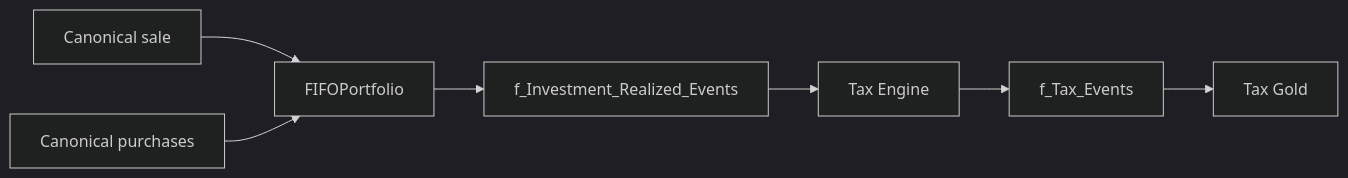
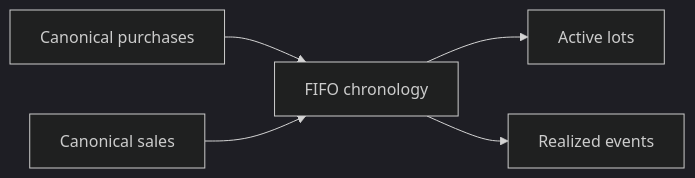
The third of 6 diagrams in docs/finance/financial-model.md (tks18/personal-finance-etl), drawn with Mermaid (dark theme) before and after one commit. The commit also changed other lines of this file and 11 other files, not shown here.

````diff
--- a/docs/finance/financial-model.md
+++ b/docs/finance/financial-model.md
@@ -356,9 +99,13 @@
 ```mermaid
 flowchart LR
-    S[Canonical sale] --> F[FIFOPortfolio]
-    P[Canonical purchases] --> F
-    F --> R[f_Investment_Realized_Events]
-    R --> T[Tax Engine]
-    T --> E[f_Tax_Events]
-    E --> G[Tax Gold]
+    P["Canonical purchases"]
+    S["Canonical sales"]
+    F["FIFO chronology"]
+    L["Active lots"]
+    R["Realized events"]
+
+    P --> F
+    S --> F
+    F --> L
+    F --> R
 ```
````
